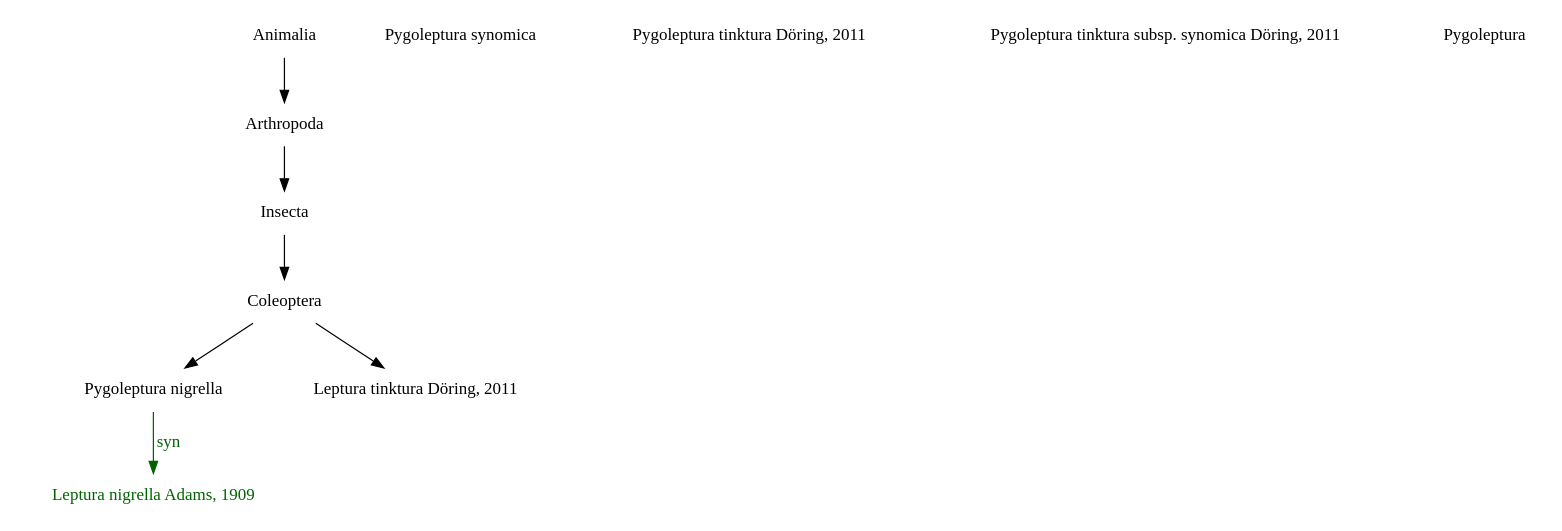
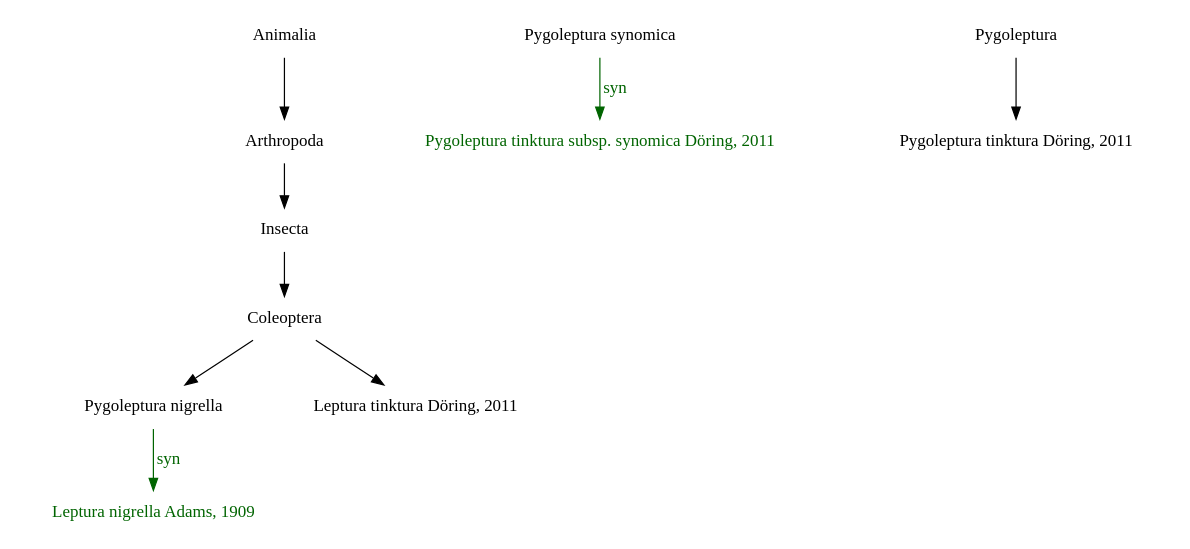
The diagram in colplus-admin/graphs/tree7.dot (CatalogueOfLife/backend), drawn with Graphviz before and after one commit. The commit also changed 46 other files, not shown here.

```diff
--- a/colplus-admin/graphs/tree7.dot
+++ b/colplus-admin/graphs/tree7.dot
@@ -1,21 +1,23 @@
 digraph G {
   node [shape=plaintext]
 
   n0  [label="Animalia"]
   n0 -> n1
   n1  [label="Arthropoda"]
   n1 -> n2
   n2  [label="Insecta"]
   n2 -> n3
   n3  [label="Coleoptera"]
   n3 -> n6
   n3 -> n4
   n4  [label="Leptura tinktura Döring, 2011"]
   n6  [label="Pygoleptura nigrella"]
   n5  [label="Leptura nigrella Adams, 1909", fontcolor=darkgreen]
   n6 -> n5  [color=darkgreen, fontcolor=darkgreen, label=syn]
   n10  [label="Pygoleptura synomica"]
+  n8  [label="Pygoleptura tinktura subsp. synomica Döring, 2011", fontcolor=darkgreen]
+  n10 -> n8  [color=darkgreen, fontcolor=darkgreen, label=syn]
+  n9  [label="Pygoleptura"]
+  n9 -> n7
   n7  [label="Pygoleptura tinktura Döring, 2011"]
-  n8  [label="Pygoleptura tinktura subsp. synomica Döring, 2011"]
-  n9  [label="Pygoleptura"]
 }
```
